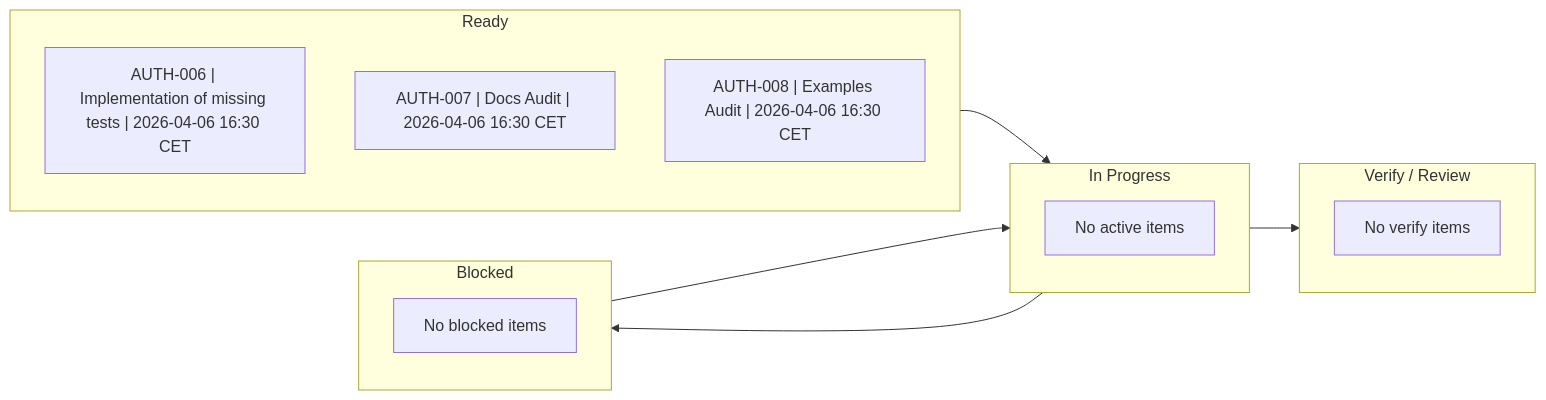
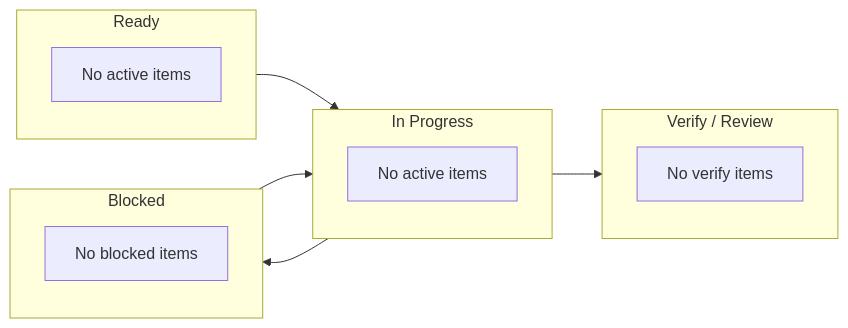
One commit to shomsy/avax changed the diagram in Foundation/Auth/.agents/management/ACTIVE.md. Above: the diagram before and after it, drawn with Mermaid. The commit also changed other lines of this file and 1183 other files, not shown here.

````diff
--- a/Foundation/Auth/.agents/management/ACTIVE.md
+++ b/Foundation/Auth/.agents/management/ACTIVE.md
@@ -7,25 +7,23 @@
 ```mermaid
 flowchart LR
     subgraph Ready["Ready"]
-        R1["AUTH-006 | Implementation of missing tests | 2026-04-06 16:30 CET"]
-        R2["AUTH-007 | Docs Audit | 2026-04-06 16:30 CET"]
-        R3["AUTH-008 | Examples Audit | 2026-04-06 16:30 CET"]
+        R0["No active items"]
     end
 
     subgraph InProgress["In Progress"]
         P0["No active items"]
     end
 
     subgraph Blocked["Blocked"]
         B0["No blocked items"]
     end
 
     subgraph Verify["Verify / Review"]
         V0["No verify items"]
     end
 
     Ready --> InProgress
     InProgress --> Verify
     InProgress --> Blocked
     Blocked --> InProgress
 ```
````
